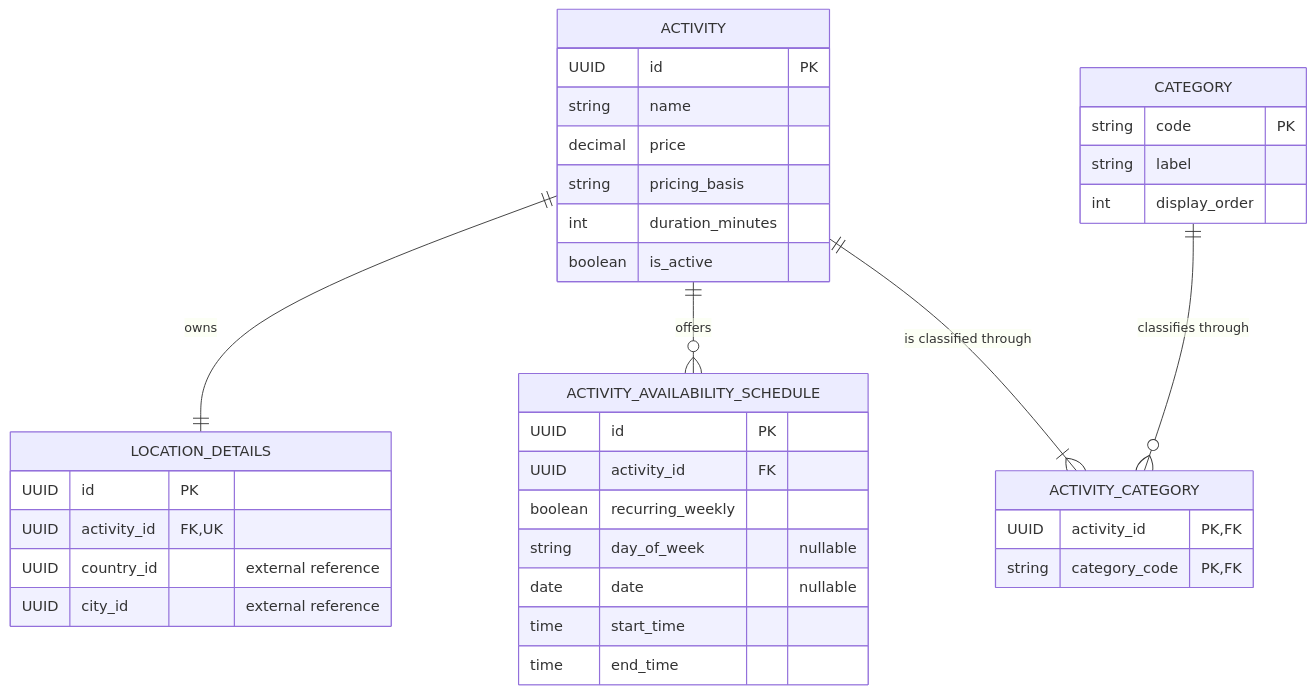
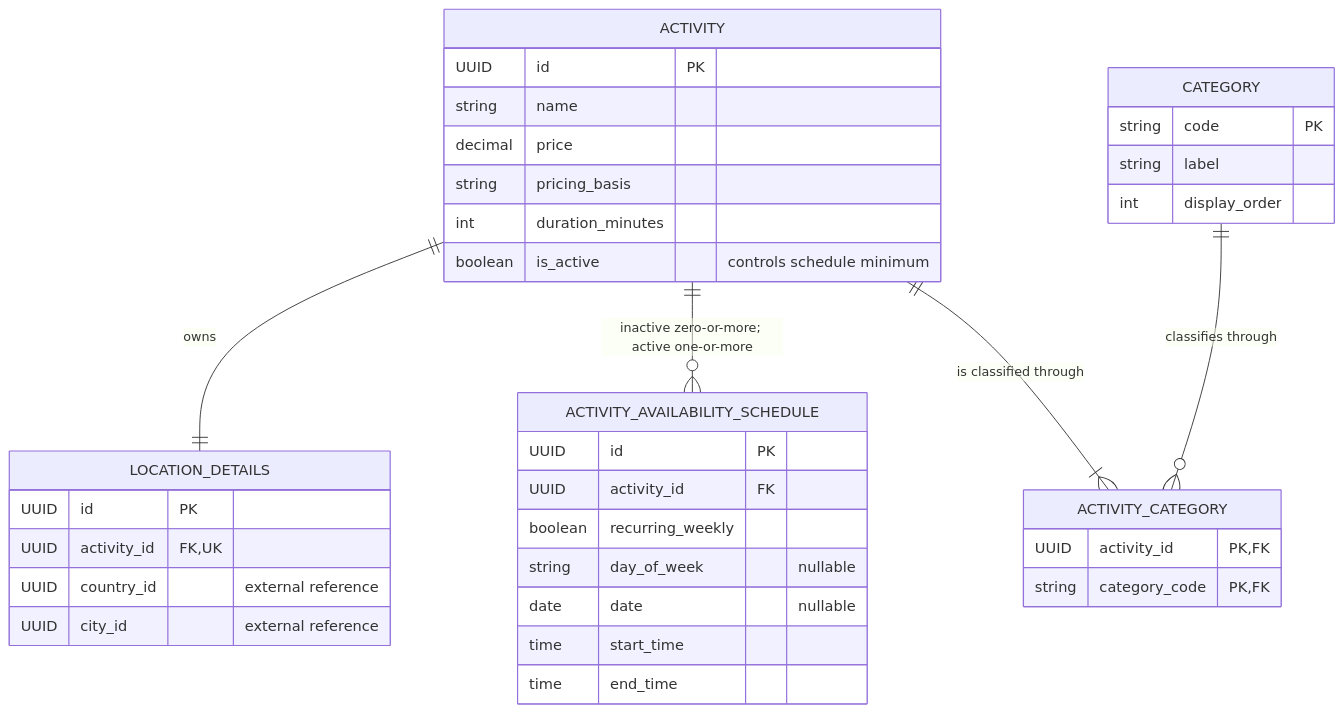
One commit to JulianKirk/TripGenie changed the diagram in docs/reports/release-0/Student4/DataDesign/erd.md. Above: the diagram before and after it, drawn with Mermaid. The commit also changed other lines of this file and 3 other files, not shown here.

Commit message:
docs: clarify Student 4 diagram cardinalities

````diff
--- a/docs/reports/release-0/Student4/DataDesign/erd.md
+++ b/docs/reports/release-0/Student4/DataDesign/erd.md
@@ -9,44 +10,44 @@
 ```mermaid
 erDiagram
     ACTIVITY ||--|| LOCATION_DETAILS : "owns"
-    ACTIVITY ||--o{ ACTIVITY_AVAILABILITY_SCHEDULE : "offers"
+    ACTIVITY ||--o{ ACTIVITY_AVAILABILITY_SCHEDULE : "inactive zero-or-more; active one-or-more"
     ACTIVITY ||--|{ ACTIVITY_CATEGORY : "is classified through"
     CATEGORY ||--o{ ACTIVITY_CATEGORY : "classifies through"
 
     ACTIVITY {
         UUID id PK
         string name
         decimal price
         string pricing_basis
         int duration_minutes
-        boolean is_active
+        boolean is_active "controls schedule minimum"
     }
 
     LOCATION_DETAILS {
         UUID id PK
         UUID activity_id FK,UK
         UUID country_id "external reference"
         UUID city_id "external reference"
     }
 
     CATEGORY {
         string code PK
         string label
         int display_order
     }
 
     ACTIVITY_CATEGORY {
         UUID activity_id PK,FK
         string category_code PK,FK
     }
 
     ACTIVITY_AVAILABILITY_SCHEDULE {
         UUID id PK
         UUID activity_id FK
         boolean recurring_weekly
         string day_of_week "nullable"
         date date "nullable"
         time start_time
         time end_time
     }
 ```
````
